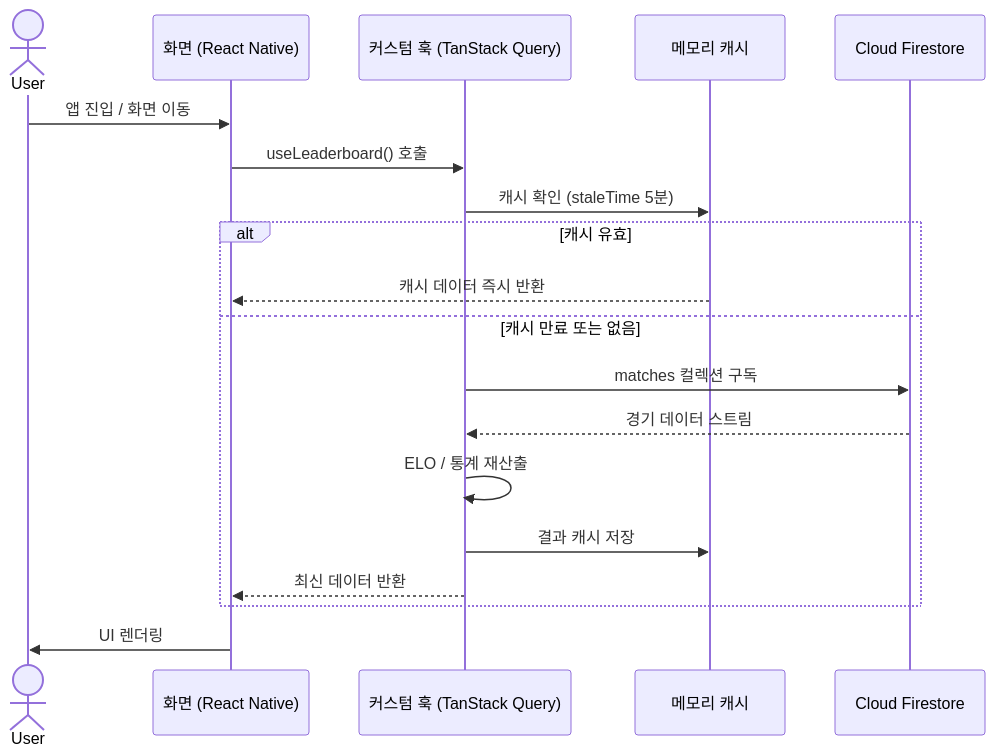
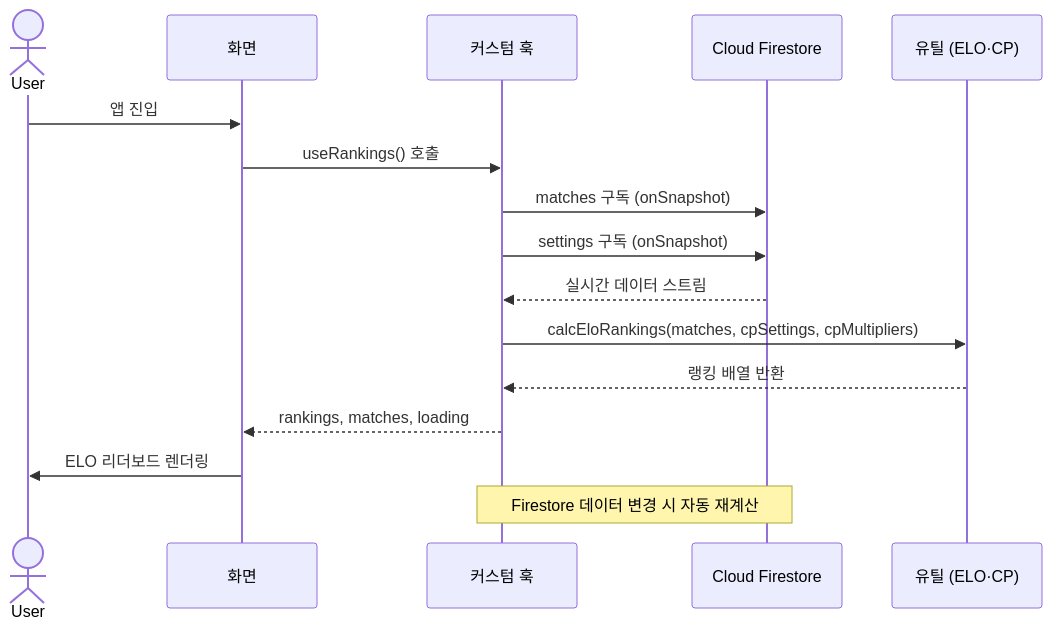
Before and after one commit to puri0822-new/puri.gg-app: the second of 2 diagrams in docs/ARCHITECTURE.md, drawn with Mermaid. The commit also changed other lines of this file and 3 other files, not shown here.

````diff
--- a/docs/ARCHITECTURE.md
+++ b/docs/ARCHITECTURE.md
@@ -83,22 +108,20 @@
 ```mermaid
 sequenceDiagram
   actor User
-  participant Screen as 화면 (React Native)
-  participant Hook as 커스텀 훅 (TanStack Query)
-  participant Cache as 메모리 캐시
+  participant Screen as 화면
+  participant Hook as 커스텀 훅
   participant Firestore as Cloud Firestore
+  participant Utils as 유틸 (ELO·CP)
 
-  User->>Screen: 앱 진입 / 화면 이동
-  Screen->>Hook: useLeaderboard() 호출
-  Hook->>Cache: 캐시 확인 (staleTime 5분)
-  alt 캐시 유효
-    Cache-->>Screen: 캐시 데이터 즉시 반환
-  else 캐시 만료 또는 없음
-    Hook->>Firestore: matches 컬렉션 구독
-    Firestore-->>Hook: 경기 데이터 스트림
-    Hook->>Hook: ELO / 통계 재산출
-    Hook->>Cache: 결과 캐시 저장
-    Hook-->>Screen: 최신 데이터 반환
-  end
-  Screen->>User: UI 렌더링
+  User->>Screen: 앱 진입
+  Screen->>Hook: useRankings() 호출
+  Hook->>Firestore: matches 구독 (onSnapshot)
+  Hook->>Firestore: settings 구독 (onSnapshot)
+  Firestore-->>Hook: 실시간 데이터 스트림
+  Hook->>Utils: calcEloRankings(matches, cpSettings, cpMultipliers)
+  Utils-->>Hook: 랭킹 배열 반환
+  Hook-->>Screen: rankings, matches, loading
+  Screen->>User: ELO 리더보드 렌더링
+
+  Note over Firestore,Hook: Firestore 데이터 변경 시 자동 재계산
 ```
````
